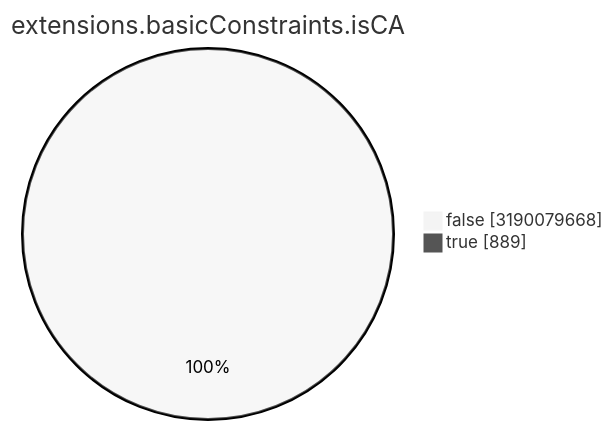
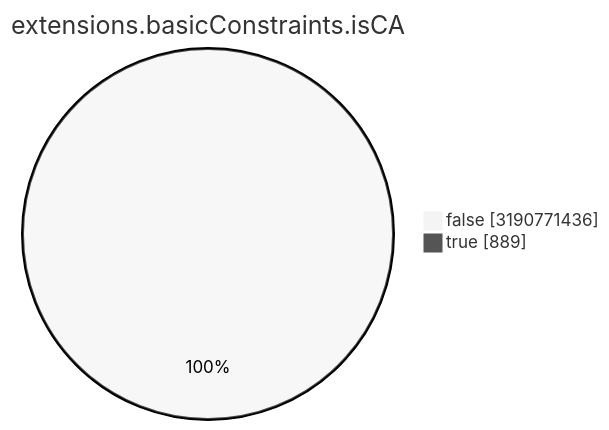
Before and after one commit to christiankrug/ctmonitor_visualization: the seventh of 15 diagrams in TOTAL/README.md, drawn with Mermaid (neutral theme). The commit also changed other lines of this file, not shown here.

````diff
--- a/TOTAL/README.md
+++ b/TOTAL/README.md
@@ -3088,6 +3088,6 @@
 ```mermaid
 pie showData
 title extensions.basicConstraints.isCA
-"false" :3190079668
+"false" :3190771436
 "true" :889
 ```
````
